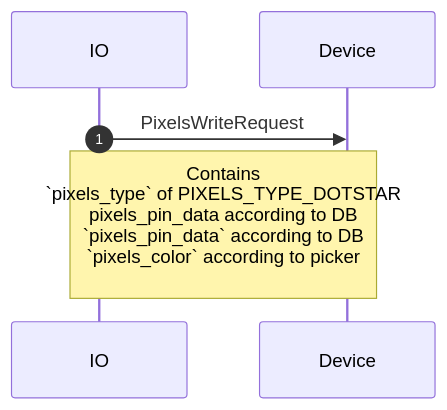
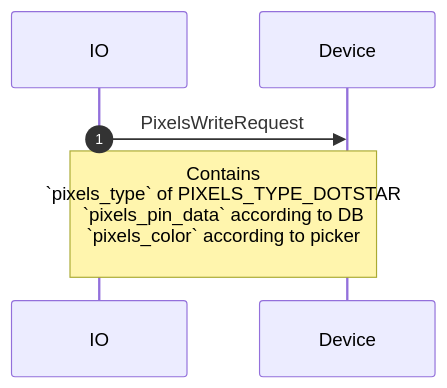
One commit to adafruit/Wippersnapper_Protobuf changed the seventh of 10 diagrams in proto/wippersnapper/pixels/v1/pixels.md. Above: the diagram before and after it, drawn with Mermaid. The commit also changed other lines of this file, not shown here.

````diff
--- a/proto/wippersnapper/pixels/v1/pixels.md
+++ b/proto/wippersnapper/pixels/v1/pixels.md
@@ -81,6 +81,6 @@
 ```mermaid
 sequenceDiagram
 autonumber
 IO->>Device: PixelsWriteRequest
-Note over IO, Device: Contains<br> `pixels_type` of PIXELS_TYPE_DOTSTAR<br>pixels_pin_data according to DB<br>`pixels_pin_data` according to DB<br>`pixels_color` according to picker<br>
+Note over IO, Device: Contains<br> `pixels_type` of PIXELS_TYPE_DOTSTAR<br>`pixels_pin_data` according to DB<br>`pixels_color` according to picker<br>
 ```
````
